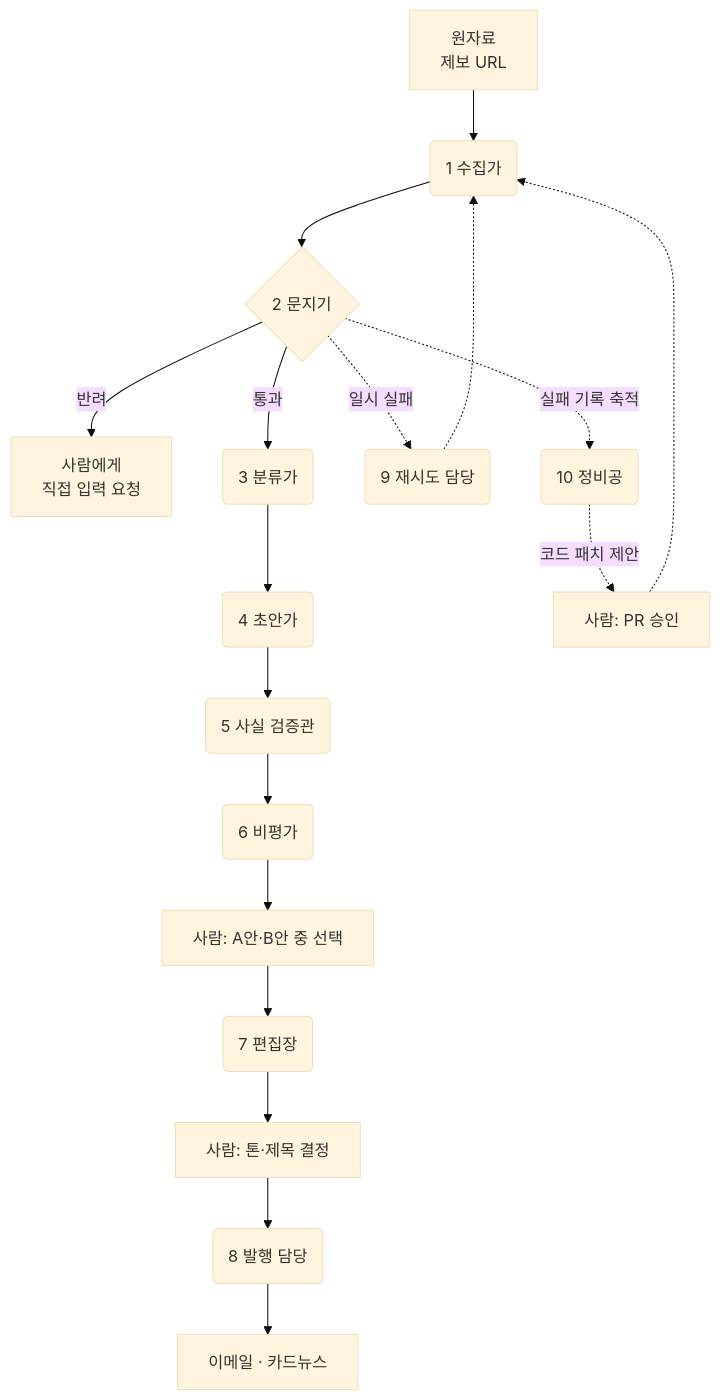
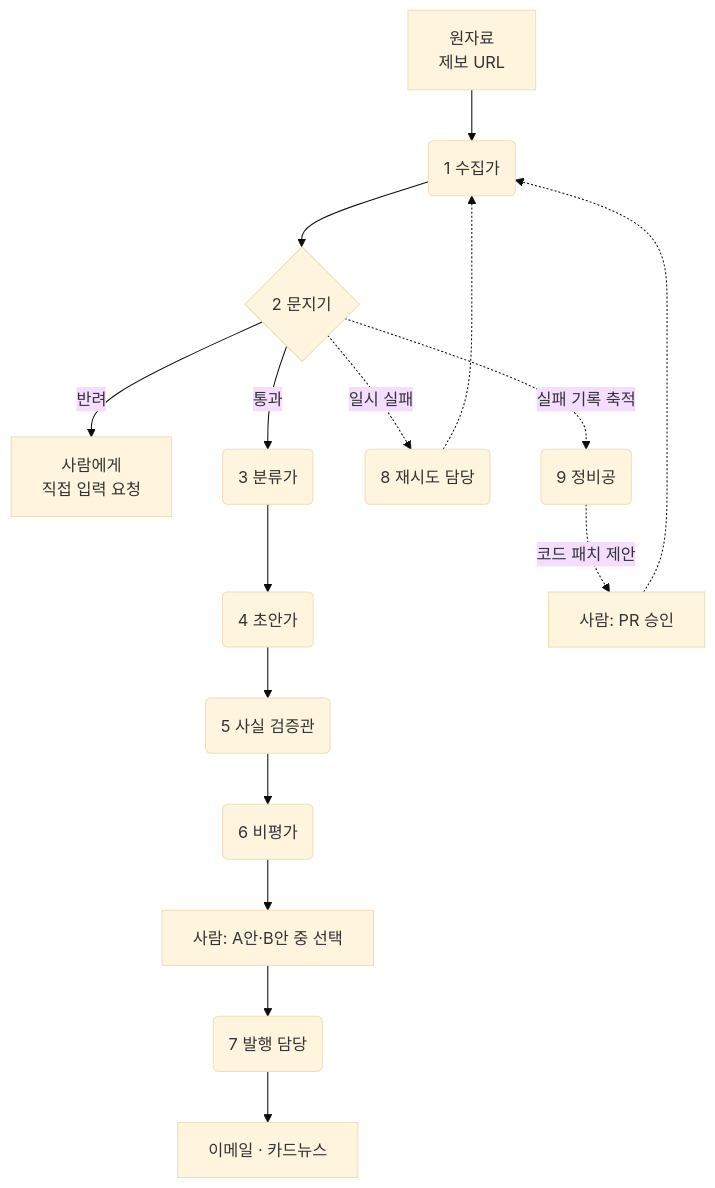
Before and after one commit to myorange-io/weekly-newsletter-agent: the diagram in README.md, drawn with Mermaid (base theme). The commit also changed other lines of this file and 8 other files, not shown here.

````diff
--- a/README.md
+++ b/README.md
@@ -26,21 +26,19 @@
 ```mermaid
 flowchart TD
     IN[원자료<br/>제보 URL] --> C1(1 수집가)
     C1 --> C2{2 문지기}
     C2 -->|반려| MAN[사람에게<br/>직접 입력 요청]
     C2 -->|통과| C3(3 분류가)
     C3 --> C4(4 초안가)
     C4 --> C5(5 사실 검증관)
     C5 --> C6(6 비평가)
     C6 --> HUMAN[사람: A안·B안 중 선택]
-    HUMAN --> C7(7 편집장)
-    C7 --> HUMAN2[사람: 톤·제목 결정]
-    HUMAN2 --> C8(8 발행 담당)
-    C8 --> OUT[이메일 · 카드뉴스]
+    HUMAN --> C7(7 발행 담당)
+    C7 --> OUT[이메일 · 카드뉴스]
 
-    C2 -.일시 실패.-> C9(9 재시도 담당)
-    C9 -.-> C1
-    C2 -.실패 기록 축적.-> C10(10 정비공)
-    C10 -.코드 패치 제안.-> REVIEW[사람: PR 승인]
+    C2 -.일시 실패.-> C8(8 재시도 담당)
+    C8 -.-> C1
+    C2 -.실패 기록 축적.-> C9(9 정비공)
+    C9 -.코드 패치 제안.-> REVIEW[사람: PR 승인]
     REVIEW -.-> C1
 ```
````
